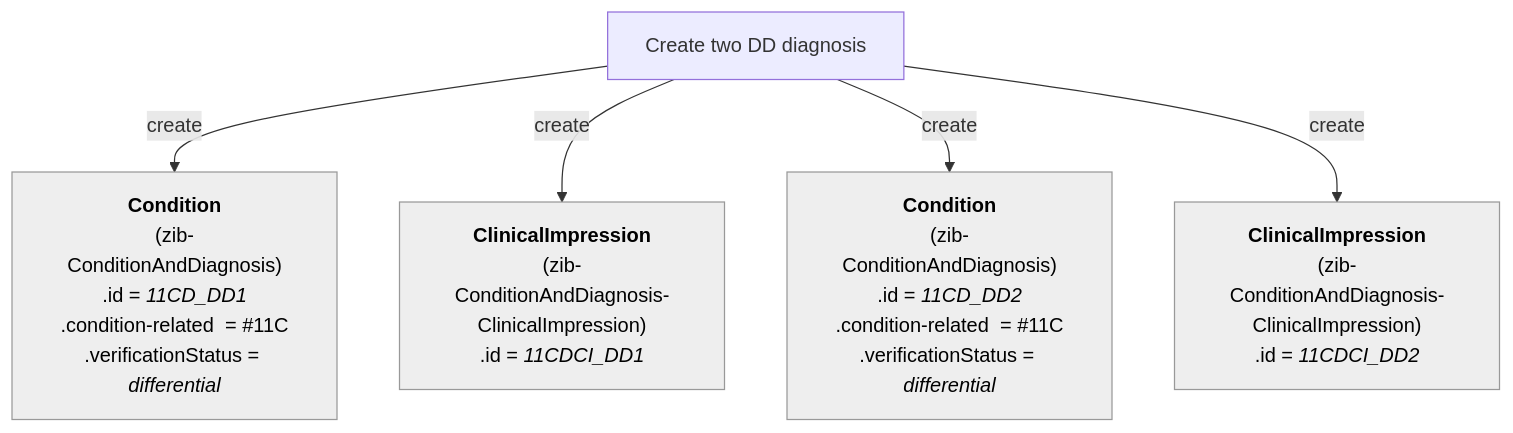
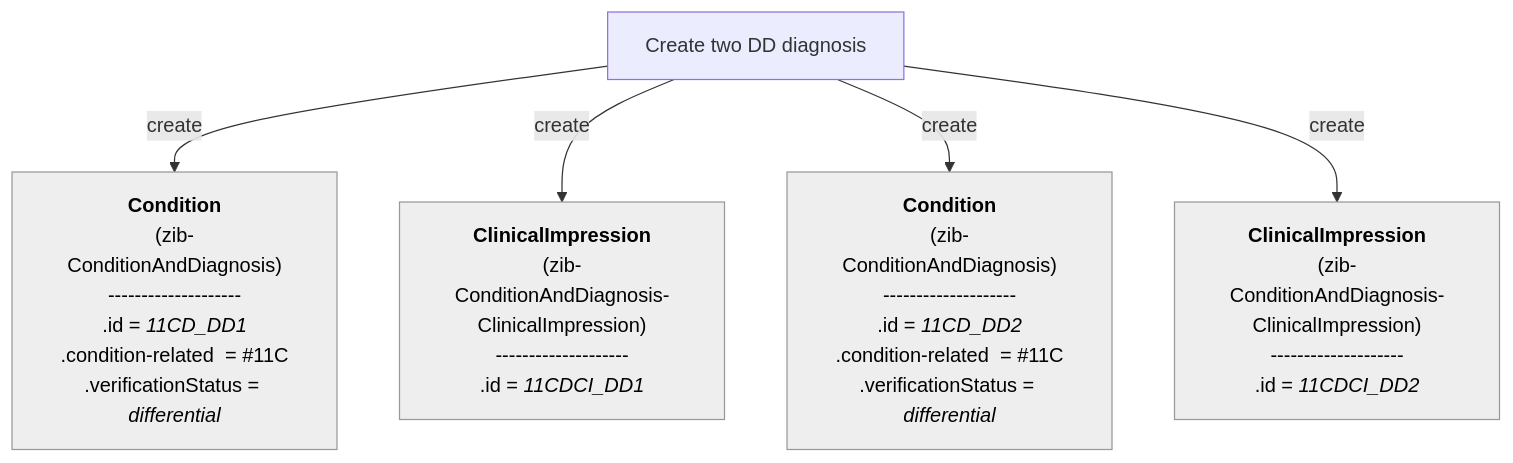
One commit to Nictiz/Nictiz-R4-zib2024 changed diagram 14 of 16 in documentation/Condition-Diagnosis-Symptom.md. Above: the diagram before and after it, drawn with Mermaid. The commit also changed other lines of this file, not shown here.

````diff
--- a/documentation/Condition-Diagnosis-Symptom.md
+++ b/documentation/Condition-Diagnosis-Symptom.md
@@ -420,43 +509,45 @@
 ```mermaid
 flowchart TB
 
 CreateDiagnosis["`Create two DD diagnosis`"]
 
     CD_DD1["`
             **Condition**
             (zib-ConditionAndDiagnosis)
+            --------------------
             .id = _11CD_DD1_
             .condition-related  = #11C
             .verificationStatus = _differential_
         `"] 
     CD_DD2["`
             **Condition**
             (zib-ConditionAndDiagnosis)
+            --------------------
             .id = _11CD_DD2_
             .condition-related  = #11C
             .verificationStatus = _differential_
         `"] 
     CDCI_DD1["`
         **ClinicalImpression**
         (zib-ConditionAndDiagnosis-ClinicalImpression)
+        --------------------
         .id = _11CDCI_DD1_
         `"] 
     CDCI_DD2["`
         **ClinicalImpression**
         (zib-ConditionAndDiagnosis-ClinicalImpression)
+        --------------------
         .id = _11CDCI_DD2_
         `"] 
    
     CD_DD1:::Ash
     CDCI_DD1:::Ash
     CD_DD2:::Ash
     CDCI_DD2:::Ash
     classDef Ash stroke-width:1px, stroke-dasharray:none, stroke:#999999, fill:#EEEEEE, color:#000000
 
 CreateDiagnosis -- create --> CD_DD1
 CreateDiagnosis -- create --> CDCI_DD1
 CreateDiagnosis -- create --> CD_DD2
 CreateDiagnosis -- create --> CDCI_DD2
-
-
 ```
````
